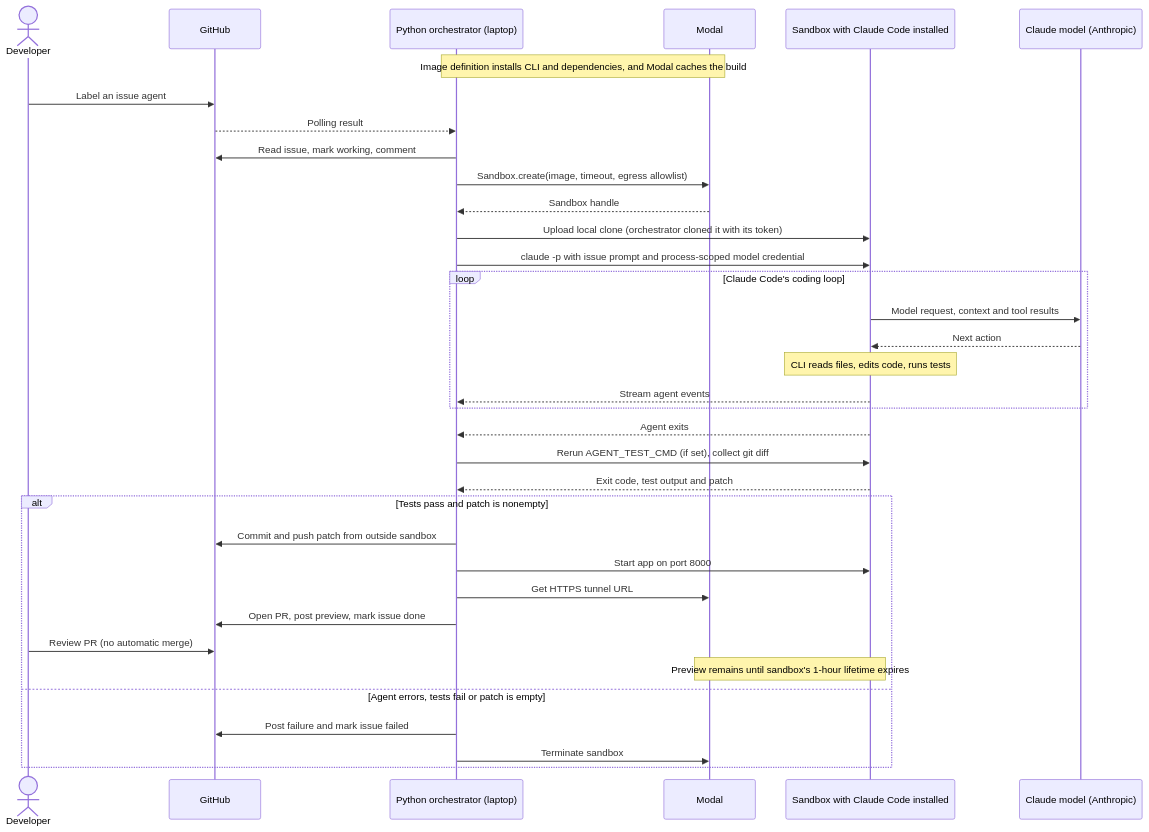
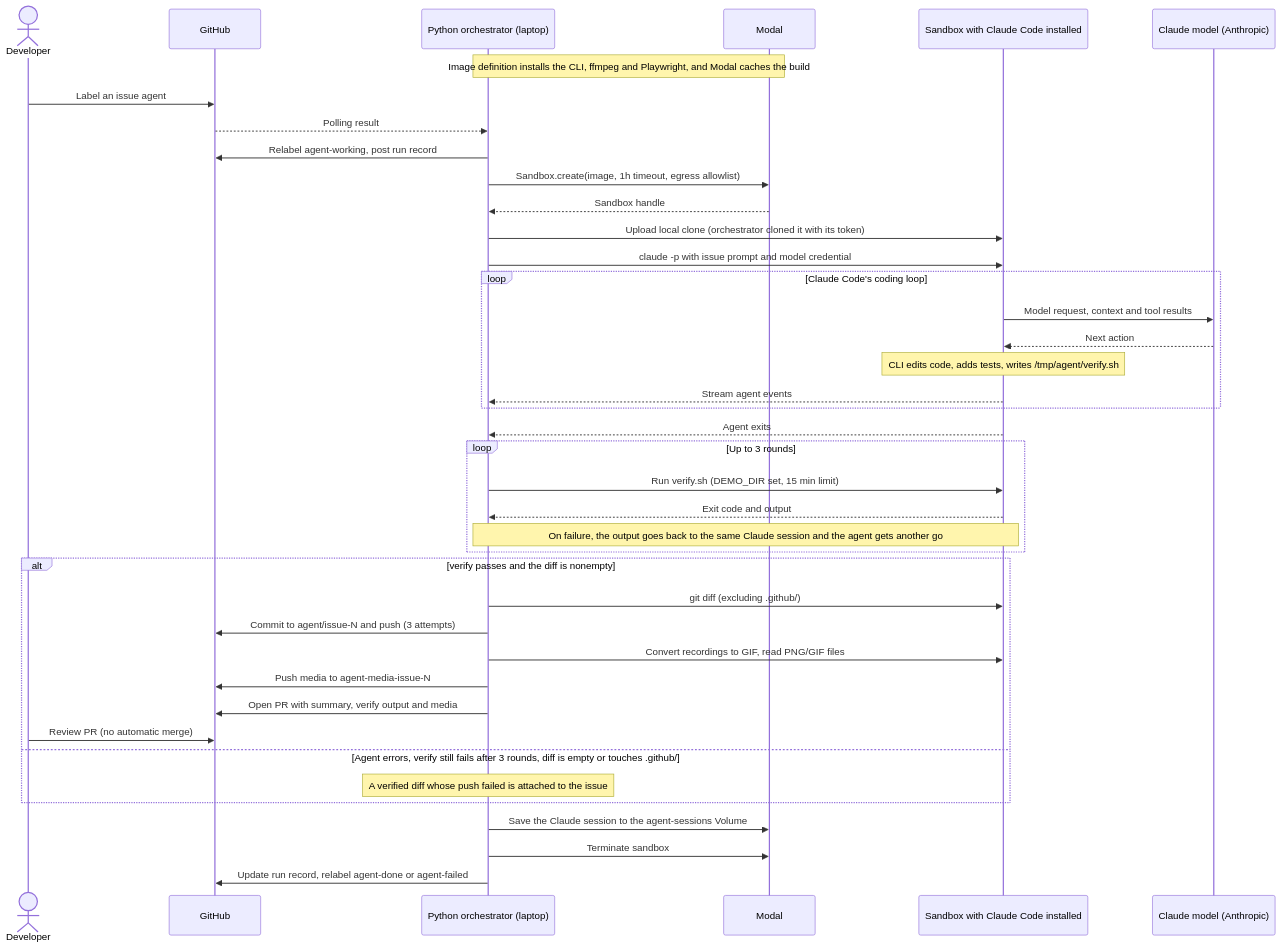
Before and after one commit to mathaix/fife: the diagram in docs/architecture.md, drawn with Mermaid. The commit also changed other lines of this file and 2 other files, not shown here.

First line of the commit message:
Make the repo findable: new README title, presentation link, quickstart, and a current architecture doc

````diff
--- a/docs/architecture.md
+++ b/docs/architecture.md
@@ -35,38 +36,43 @@
 ```mermaid
 sequenceDiagram
     actor Developer
     participant GitHub
     participant Python as Python orchestrator (laptop)
     participant Modal
     participant Sandbox as Sandbox with Claude Code installed
     participant Claude as Claude model (Anthropic)
 
-    Note over Python,Modal: Image definition installs CLI and dependencies, and Modal caches the build
+    Note over Python,Modal: Image definition installs the CLI, ffmpeg and Playwright, and Modal caches the build
     Developer->>GitHub: Label an issue agent
     GitHub-->>Python: Polling result
-    Python->>GitHub: Read issue, mark working, comment
-    Python->>Modal: Sandbox.create(image, timeout, egress allowlist)
+    Python->>GitHub: Relabel agent-working, post run record
+    Python->>Modal: Sandbox.create(image, 1h timeout, egress allowlist)
     Modal-->>Python: Sandbox handle
     Python->>Sandbox: Upload local clone (orchestrator cloned it with its token)
-    Python->>Sandbox: claude -p with issue prompt and process-scoped model credential
+    Python->>Sandbox: claude -p with issue prompt and model credential
     loop Claude Code's coding loop
         Sandbox->>Claude: Model request, context and tool results
         Claude-->>Sandbox: Next action
-        Note over Sandbox: CLI reads files, edits code, runs tests
+        Note over Sandbox: CLI edits code, adds tests, writes /tmp/agent/verify.sh
         Sandbox-->>Python: Stream agent events
     end
     Sandbox-->>Python: Agent exits
-    Python->>Sandbox: Rerun AGENT_TEST_CMD (if set), collect git diff
-    Sandbox-->>Python: Exit code, test output and patch
-    alt Tests pass and patch is nonempty
-        Python->>GitHub: Commit and push patch from outside sandbox
-        Python->>Sandbox: Start app on port 8000
-        Python->>Modal: Get HTTPS tunnel URL
-        Python->>GitHub: Open PR, post preview, mark issue done
+    loop Up to 3 rounds
+        Python->>Sandbox: Run verify.sh (DEMO_DIR set, 15 min limit)
+        Sandbox-->>Python: Exit code and output
+        Note over Python,Sandbox: On failure, the output goes back to the same Claude session and the agent gets another go
+    end
+    alt verify passes and the diff is nonempty
+        Python->>Sandbox: git diff (excluding .github/)
+        Python->>GitHub: Commit to agent/issue-N and push (3 attempts)
+        Python->>Sandbox: Convert recordings to GIF, read PNG/GIF files
+        Python->>GitHub: Push media to agent-media-issue-N
+        Python->>GitHub: Open PR with summary, verify output and media
         Developer->>GitHub: Review PR (no automatic merge)
-        Note over Modal,Sandbox: Preview remains until sandbox's 1-hour lifetime expires
-    else Agent errors, tests fail or patch is empty
-        Python->>GitHub: Post failure and mark issue failed
-        Python->>Modal: Terminate sandbox
+    else Agent errors, verify still fails after 3 rounds, diff is empty or touches .github/
+        Note over Python: A verified diff whose push failed is attached to the issue
     end
+    Python->>Modal: Save the Claude session to the agent-sessions Volume
+    Python->>Modal: Terminate sandbox
+    Python->>GitHub: Update run record, relabel agent-done or agent-failed
 ```
````
